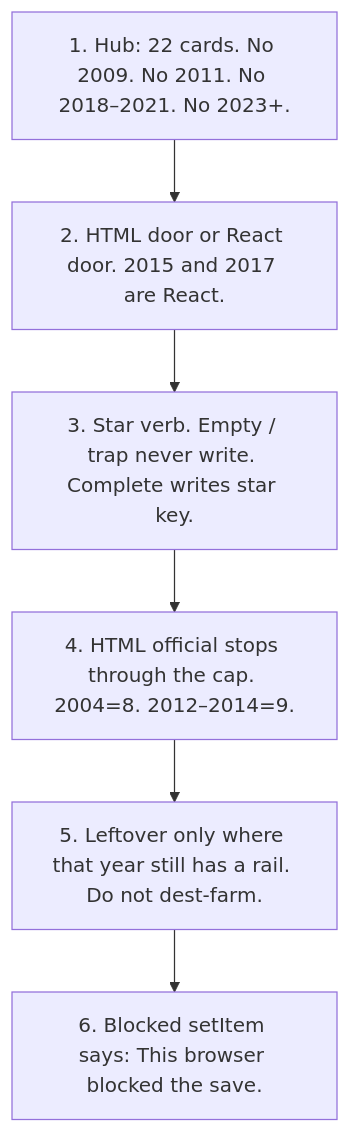
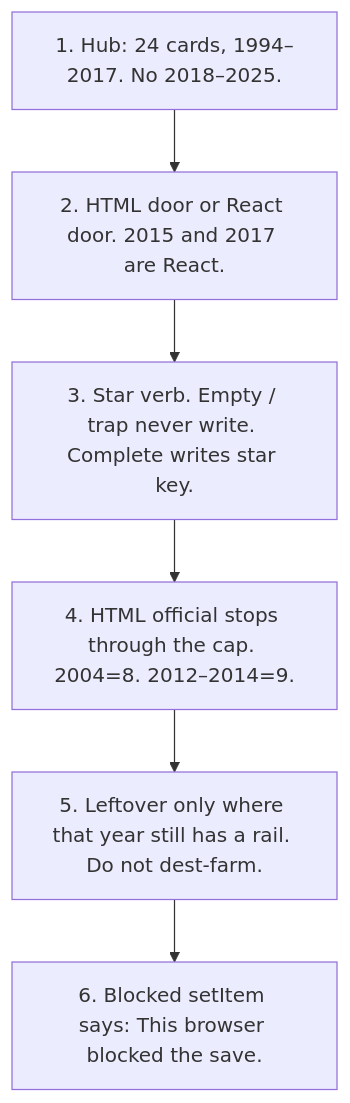
Before and after one commit to sourabhligade/internet-through-time: the fourth of 5 diagrams in docs/FLOW-CHECK-DIAGRAM.md, drawn with Mermaid. The commit also changed other lines of this file and 1247 other files, not shown here.

````diff
--- a/docs/FLOW-CHECK-DIAGRAM.md
+++ b/docs/FLOW-CHECK-DIAGRAM.md
@@ -91,8 +92,8 @@
 ```mermaid
 flowchart TD
- A["1. Hub: 22 cards. No 2009. No 2011. No 2018–2021. No 2023+."] --> B["2. HTML door or React door. 2015 and 2017 are React."]
+ A["1. Hub: 24 cards, 1994–2017. No 2018–2025."] --> B["2. HTML door or React door. 2015 and 2017 are React."]
  B --> C["3. Star verb. Empty / trap never write. Complete writes star key."]
  C --> D["4. HTML official stops through the cap. 2004=8. 2012–2014=9."]
  D --> E["5. Leftover only where that year still has a rail. Do not dest-farm."]
  E --> F["6. Blocked setItem says: This browser blocked the save."]
 ```
````
